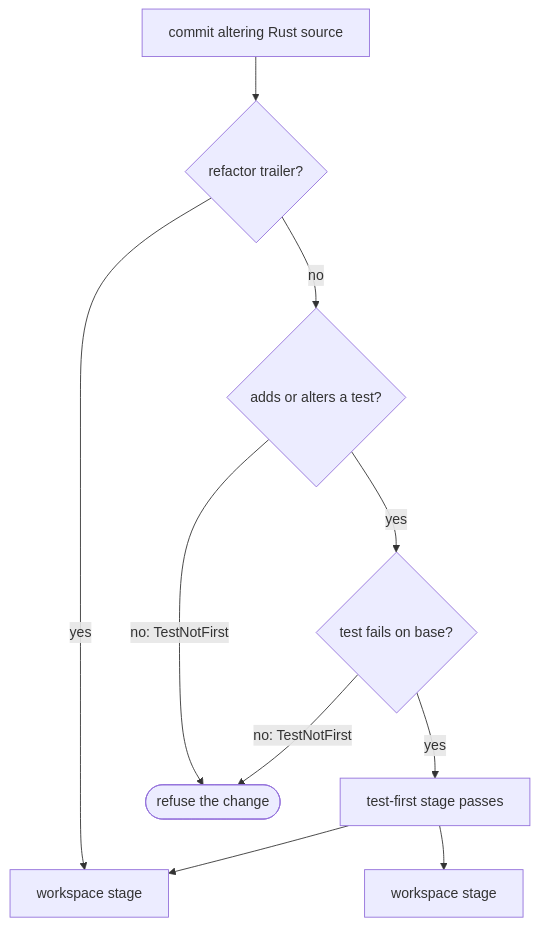
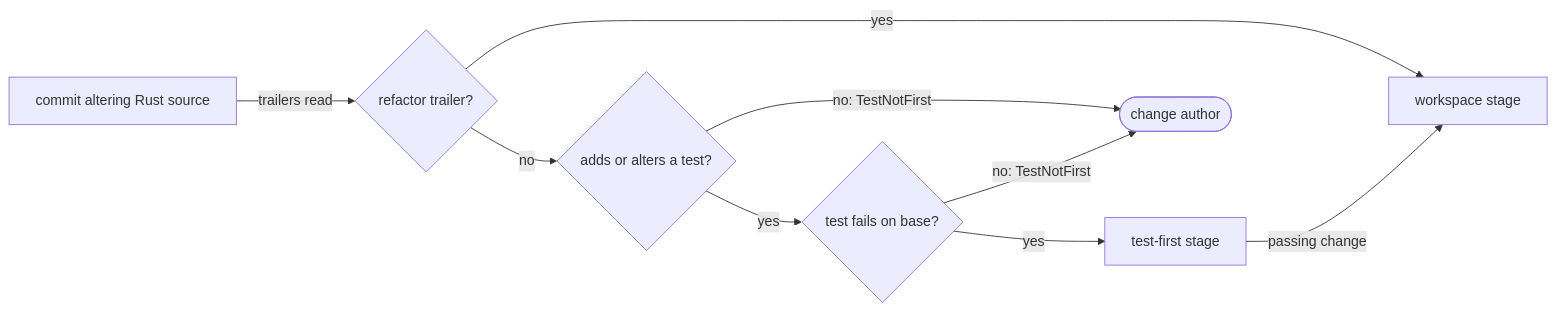
One commit to fractalboxdev/contextful changed the second of 3 diagrams in spec/81-engineering.md. Above: the diagram before and after it, drawn with Mermaid. The commit also changed other lines of this file and 31 other files, not shown here.

First line of the commit message:
spec: every diagram draws things as nodes and what flows as labelled edges

````diff
--- a/spec/81-engineering.md
+++ b/spec/81-engineering.md
@@ -97,12 +98,11 @@
 ```mermaid
-flowchart TD
-  CH["commit altering Rust source"] --> TR{"refactor trailer?"}
-  TR -- yes --> WS["workspace stage"]
-  TR -- no --> T{"adds or alters a test?"}
-  T -- "no: TestNotFirst" --> E1(["refuse the change"])
-  T -- yes --> B{"test fails on base?"}
-  B -- "no: TestNotFirst" --> E1
-  B -- yes --> OK["test-first stage passes"]
-  OK --> WS
-  OK --> WS2["workspace stage"]
+flowchart LR
+  CH["commit altering Rust source"] -->|"trailers read"| TR{"refactor trailer?"}
+  TR -->|"yes"| WS["workspace stage"]
+  TR -->|"no"| T{"adds or alters a test?"}
+  T -->|"no: TestNotFirst"| AUTH(["change author"])
+  T -->|"yes"| B{"test fails on base?"}
+  B -->|"no: TestNotFirst"| AUTH
+  B -->|"yes"| OK["test-first stage"]
+  OK -->|"passing change"| WS
 ```
````
